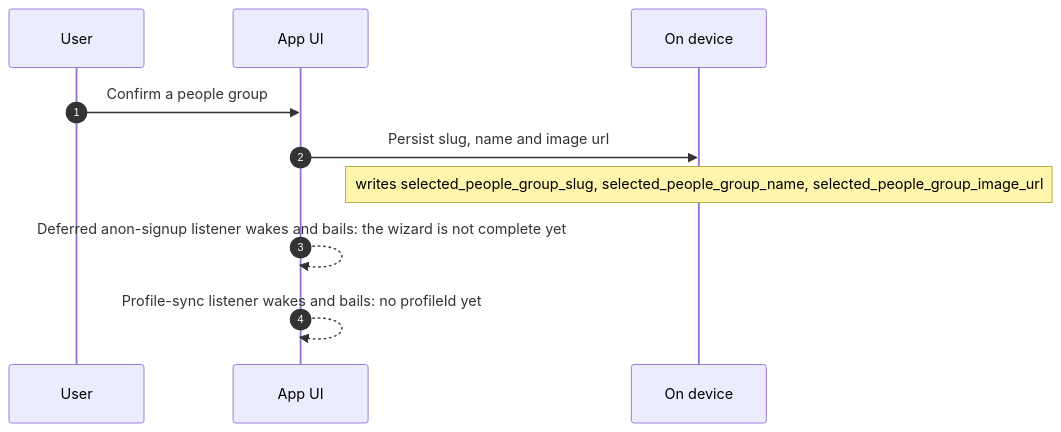
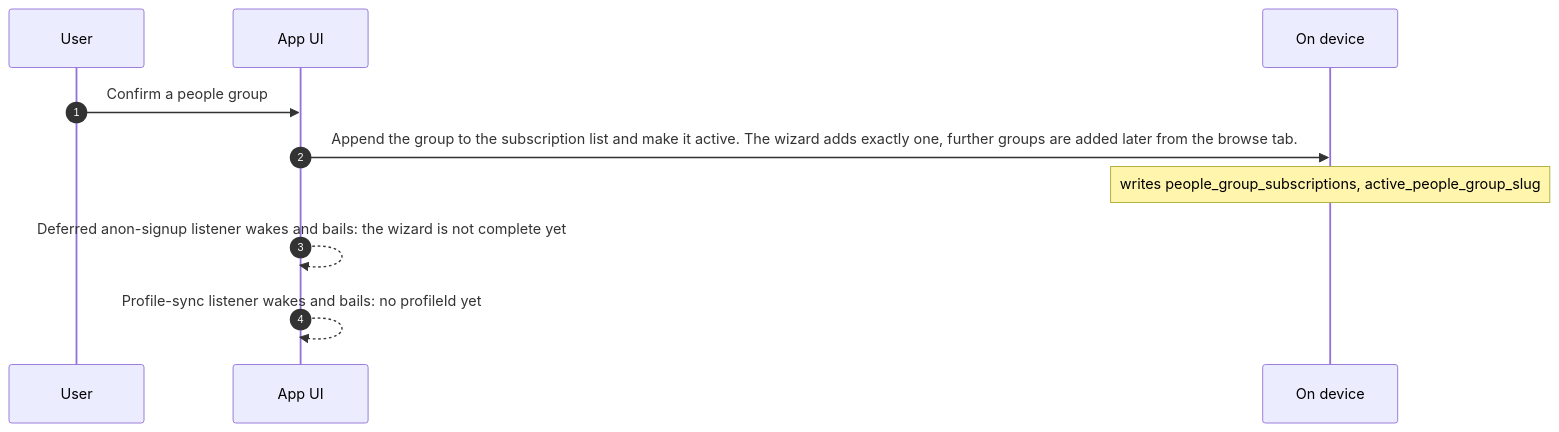
Before and after one commit to doxa-life/doxa-prayer-mobile-app: the third of 26 diagrams in docs/architecture/actions.md, drawn with Mermaid. The commit also changed other lines of this file and 67 other files, not shown here.

Commit message:
feat: ability to choose 5 people groups

````diff
--- a/docs/architecture/actions.md
+++ b/docs/architecture/actions.md
@@ -128,12 +131,12 @@
 ```mermaid
 sequenceDiagram
     autonumber
     participant U as User
     participant UI as App UI
     participant L as On device
     U->>UI: Confirm a people group
-    UI->>L: Persist slug, name and image url
-    Note over L: writes selected_people_group_slug, selected_people_group_name, selected_people_group_image_url
+    UI->>L: Append the group to the subscription list and make it active. The wizard adds exactly one, further groups are added later from the browse tab.
+    Note over L: writes people_group_subscriptions, active_people_group_slug
     UI-->>UI: Deferred anon-signup listener wakes and bails: the wizard is not complete yet
     UI-->>UI: Profile-sync listener wakes and bails: no profileId yet
 ```
````
